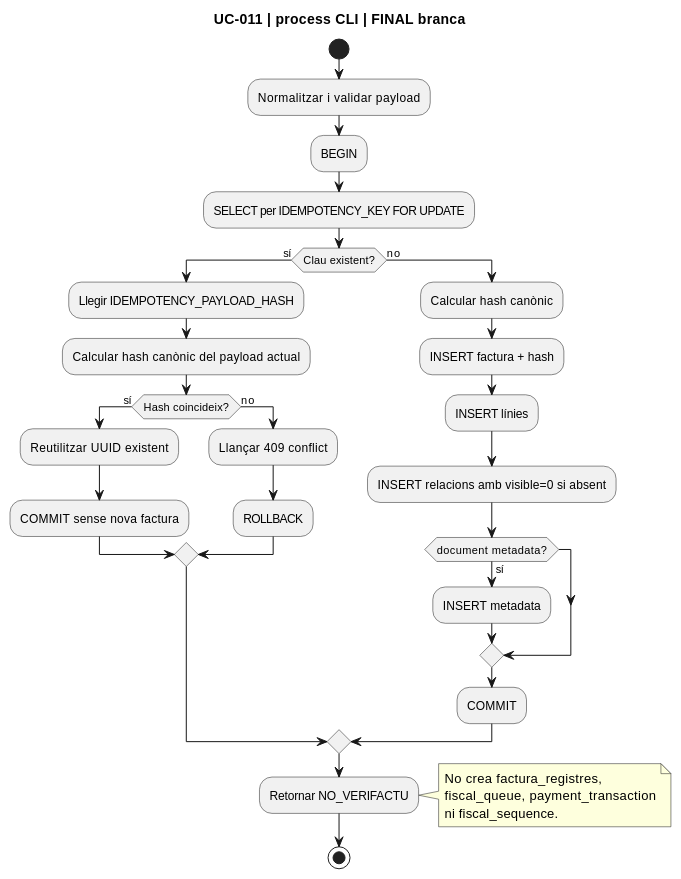
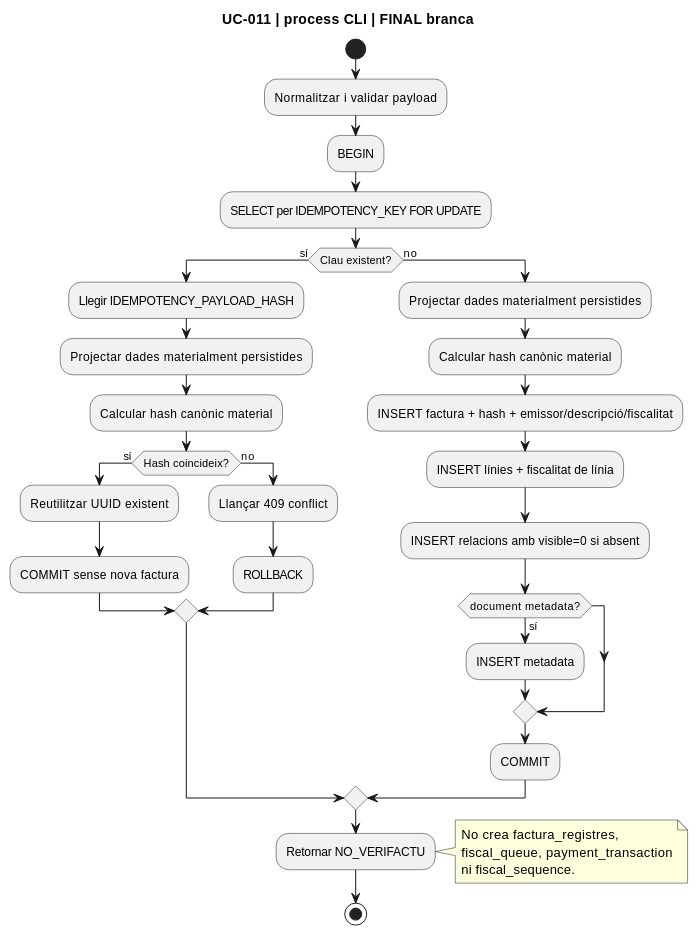
One commit to orgmeriemprismacat-del/verifactu changed the fourth of 7 diagrams in documentacio/07-uml-integrat/uc-011-activitats-actual-final.md. Above: the diagram before and after it, drawn with PlantUML. The commit also changed other lines of this file, not shown here.

```diff
--- a/documentacio/07-uml-integrat/uc-011-activitats-actual-final.md
+++ b/documentacio/07-uml-integrat/uc-011-activitats-actual-final.md
@@ -92,36 +94,38 @@
 ~~~plantuml
 @startuml
 title UC-011 | process CLI | FINAL branca
 start
 :Normalitzar i validar payload;
 :BEGIN;
 :SELECT per IDEMPOTENCY_KEY FOR UPDATE;
 if (Clau existent?) then (sí)
   :Llegir IDEMPOTENCY_PAYLOAD_HASH;
-  :Calcular hash canònic del payload actual;
+  :Projectar dades materialment persistides;
+  :Calcular hash canònic material;
   if (Hash coincideix?) then (sí)
     :Reutilitzar UUID existent;
     :COMMIT sense nova factura;
   else (no)
     :Llançar 409 conflict;
     :ROLLBACK;
   endif
 else (no)
-  :Calcular hash canònic;
-  :INSERT factura + hash;
-  :INSERT línies;
+  :Projectar dades materialment persistides;
+  :Calcular hash canònic material;
+  :INSERT factura + hash + emissor/descripció/fiscalitat;
+  :INSERT línies + fiscalitat de línia;
   :INSERT relacions amb visible=0 si absent;
   if (document metadata?) then (sí)
     :INSERT metadata;
   endif
   :COMMIT;
 endif
 :Retornar NO_VERIFACTU;
 note right
   No crea factura_registres,
   fiscal_queue, payment_transaction
   ni fiscal_sequence.
 end note
 stop
 @enduml
 ~~~
```
